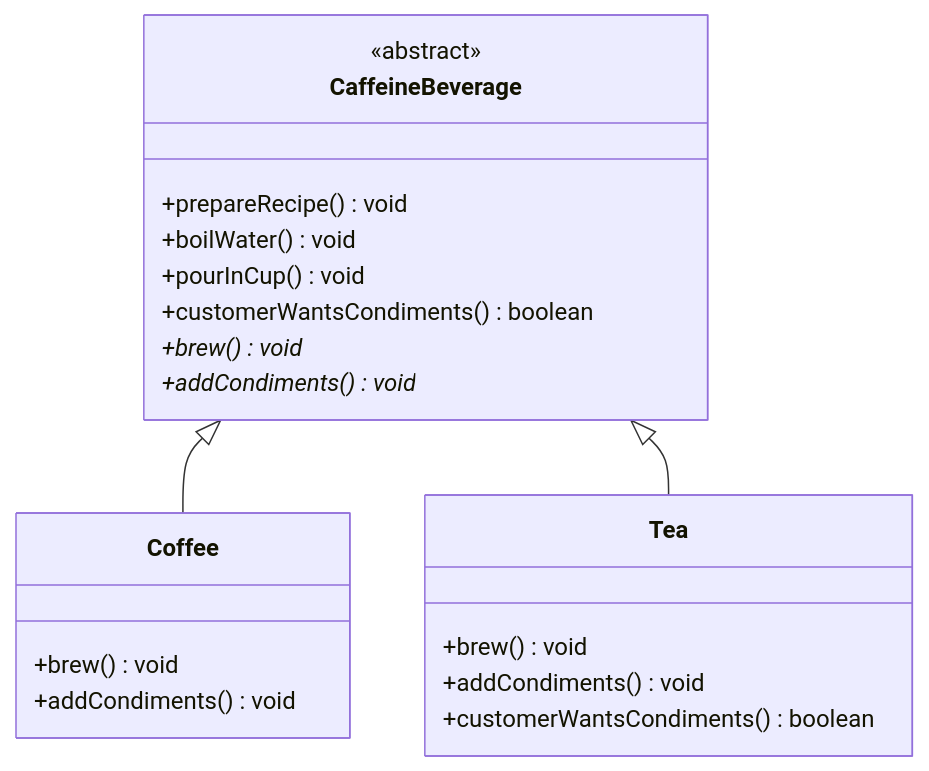
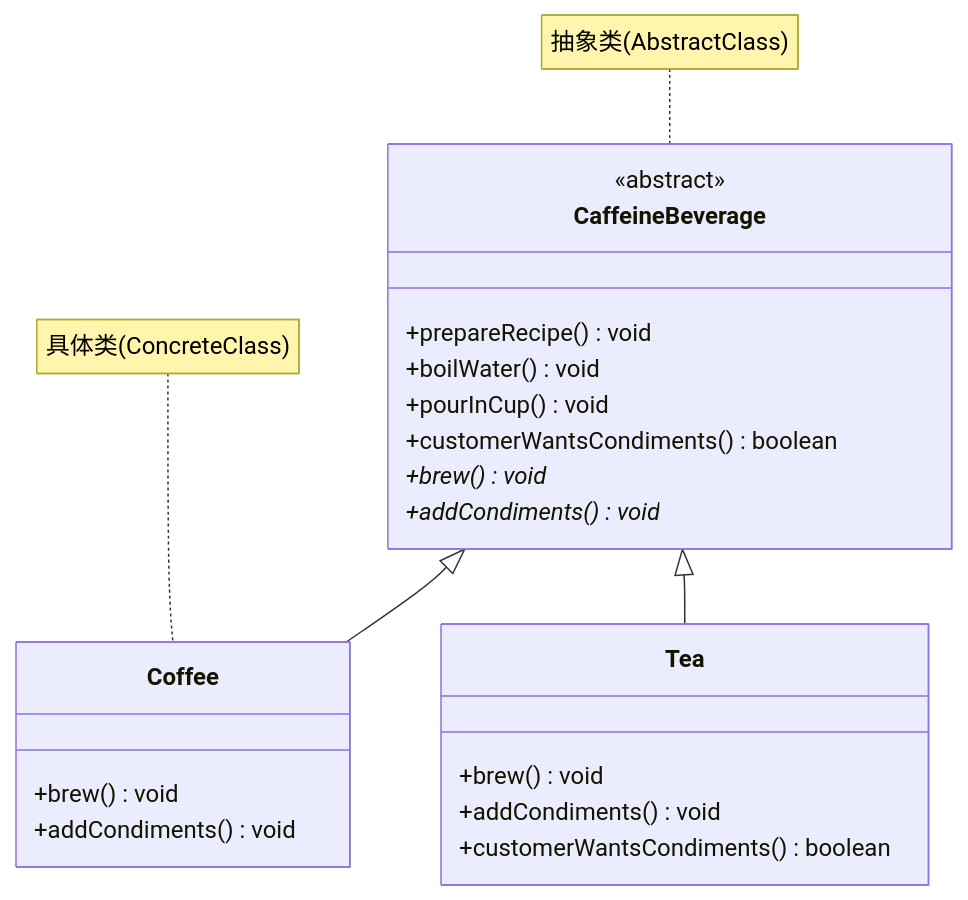
Before and after one commit to luguosong/programming-notes: the diagram in docs/topic/design-patterns/behavioral-patterns/template-method/index.md, drawn with Mermaid. The commit also changed 23 other files, not shown here.

First line of the commit message:
fix: 修正设计模式 UML 箭头类型并添加角色标注

````diff
--- a/docs/topic/design-patterns/behavioral-patterns/template-method/index.md
+++ b/docs/topic/design-patterns/behavioral-patterns/template-method/index.md
@@ -33,23 +33,25 @@
 ```mermaid
 classDiagram
     class CaffeineBeverage {
         <<abstract>>
         +prepareRecipe() void
         +boilWater() void
         +pourInCup() void
         +customerWantsCondiments() boolean
         +brew()* void
         +addCondiments()* void
     }
     class Coffee {
         +brew() void
         +addCondiments() void
     }
     class Tea {
         +brew() void
         +addCondiments() void
         +customerWantsCondiments() boolean
     }
     CaffeineBeverage <|-- Coffee
     CaffeineBeverage <|-- Tea
+    note for CaffeineBeverage "抽象类(AbstractClass)"
+    note for Coffee "具体类(ConcreteClass)"
 ```
````
